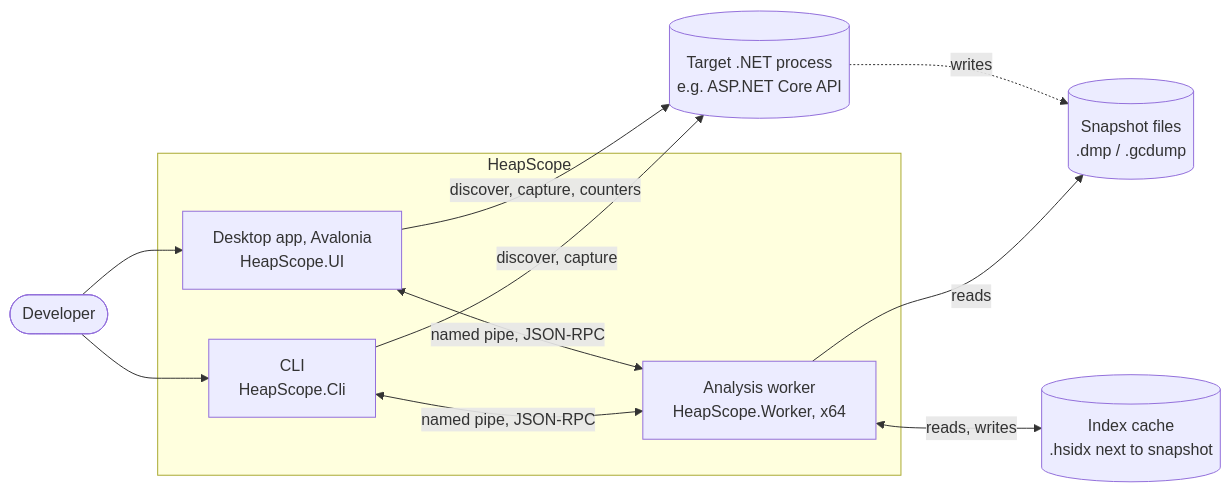
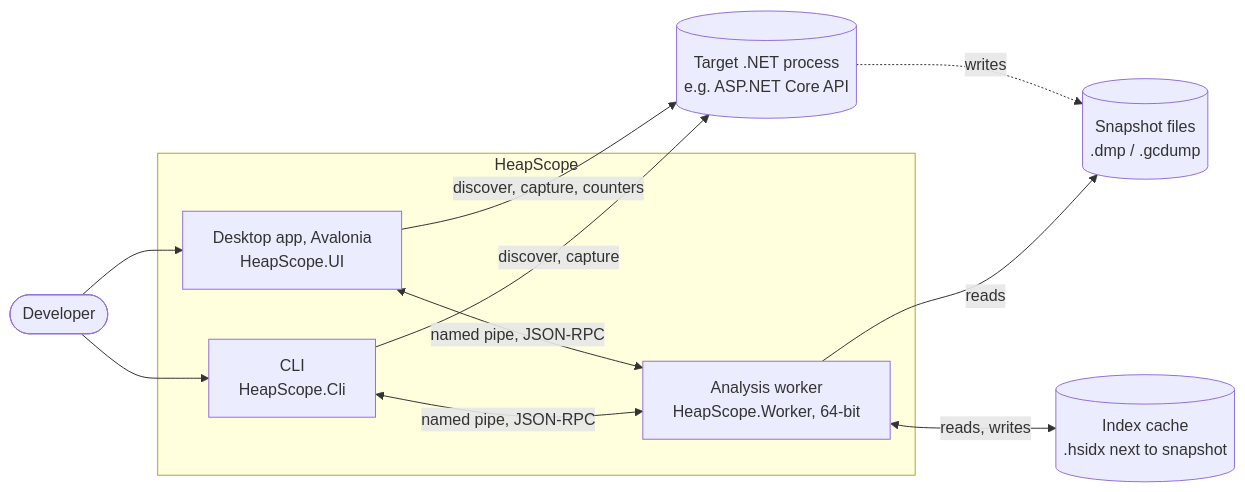
Before and after one commit to rklundt/HeapScope: the first of 2 diagrams in docs/ARCHITECTURE.md, drawn with Mermaid. The commit also changed other lines of this file and 39 other files, not shown here.

````diff
--- a/docs/ARCHITECTURE.md
+++ b/docs/ARCHITECTURE.md
@@ -33,22 +33,22 @@
 ```mermaid
 flowchart LR
     Dev([Developer])
     subgraph HeapScope
         UI[Desktop app, Avalonia<br/>HeapScope.UI]
         CLI[CLI<br/>HeapScope.Cli]
-        W[Analysis worker<br/>HeapScope.Worker, x64]
+        W[Analysis worker<br/>HeapScope.Worker, 64-bit]
     end
     Target[(Target .NET process<br/>e.g. ASP.NET Core API)]
     Dumps[(Snapshot files<br/>.dmp / .gcdump)]
     Cache[(Index cache<br/>.hsidx next to snapshot)]
 
     Dev --> UI
     Dev --> CLI
     UI <-- named pipe, JSON-RPC --> W
     CLI <-- named pipe, JSON-RPC --> W
     UI -- discover, capture, counters --> Target
     CLI -- discover, capture --> Target
     Target -. writes .-> Dumps
     W -- reads --> Dumps
     W <-- reads, writes --> Cache
 ```
````
